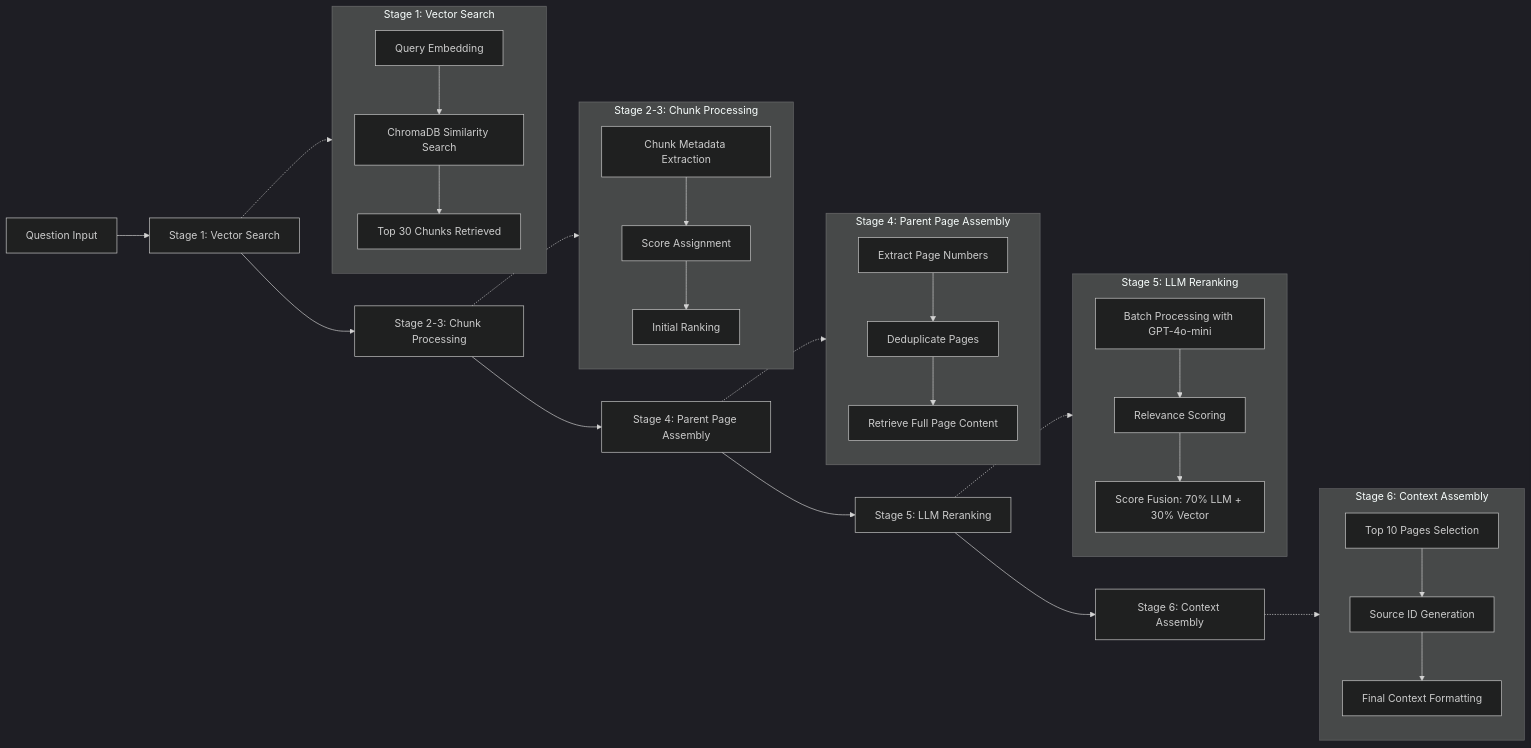
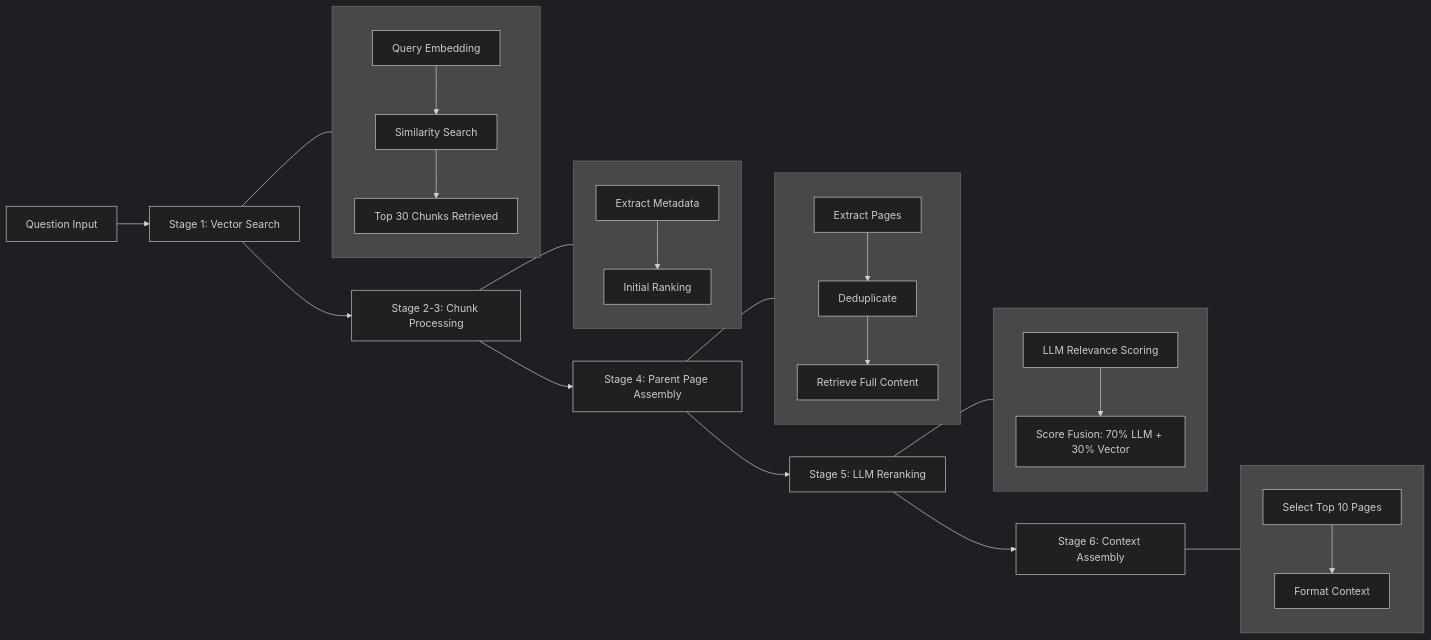
One commit to xxcs13/RAGv1 changed the second of 2 diagrams in README.md. Above: the diagram before and after it, drawn with Mermaid (dark theme).

````diff
--- a/README.md
+++ b/README.md
@@ -116,49 +116,46 @@
 ```mermaid
 flowchart LR
     A[Question Input] --> B[Stage 1: Vector Search]
     B --> C[Stage 2-3: Chunk Processing]
     C --> D[Stage 4: Parent Page Assembly]
     D --> E[Stage 5: LLM Reranking]
     E --> F[Stage 6: Context Assembly]
 
-    subgraph S1 [Stage 1: Vector Search]
+    B --- S1
+    C --- S23
+    D --- S4
+    E --- S5
+    F --- S6
+
+    subgraph S1 [" "]
         B1[Query Embedding]
-        B2[ChromaDB Similarity Search]
+        B2[Similarity Search]
         B3[Top 30 Chunks Retrieved]
         B1 --> B2 --> B3
     end
 
-    subgraph S23 [Stage 2-3: Chunk Processing]
-        C1[Chunk Metadata Extraction]
-        C2[Score Assignment]
-        C3[Initial Ranking]
-        C1 --> C2 --> C3
+    subgraph S23 [" "]
+        C1[Extract Metadata]
+        C2[Initial Ranking]
+        C1 --> C2
     end
 
-    subgraph S4 [Stage 4: Parent Page Assembly]
-        D1[Extract Page Numbers]
-        D2[Deduplicate Pages]
-        D3[Retrieve Full Page Content]
+    subgraph S4 [" "]
+        D1[Extract Pages]
+        D2[Deduplicate]
+        D3[Retrieve Full Content]
         D1 --> D2 --> D3
     end
 
-    subgraph S5 [Stage 5: LLM Reranking]
-        E1[Batch Processing with GPT-4o-mini]
-        E2[Relevance Scoring]
-        E3[Score Fusion: 70% LLM + 30% Vector]
-        E1 --> E2 --> E3
+    subgraph S5 [" "]
+        E1[LLM Relevance Scoring]
+        E2[Score Fusion: 70% LLM + 30% Vector]
+        E1 --> E2
     end
 
-    subgraph S6 [Stage 6: Context Assembly]
-        F1[Top 10 Pages Selection]
-        F2[Source ID Generation]
-        F3[Final Context Formatting]
-        F1 --> F2 --> F3
+    subgraph S6 [" "]
+        F1[Select Top 10 Pages]
+        F2[Format Context]
+        F1 --> F2
     end
-
-    B -.-> S1
-    C -.-> S23
-    D -.-> S4
-    E -.-> S5
-    F -.-> S6
 ```
````
